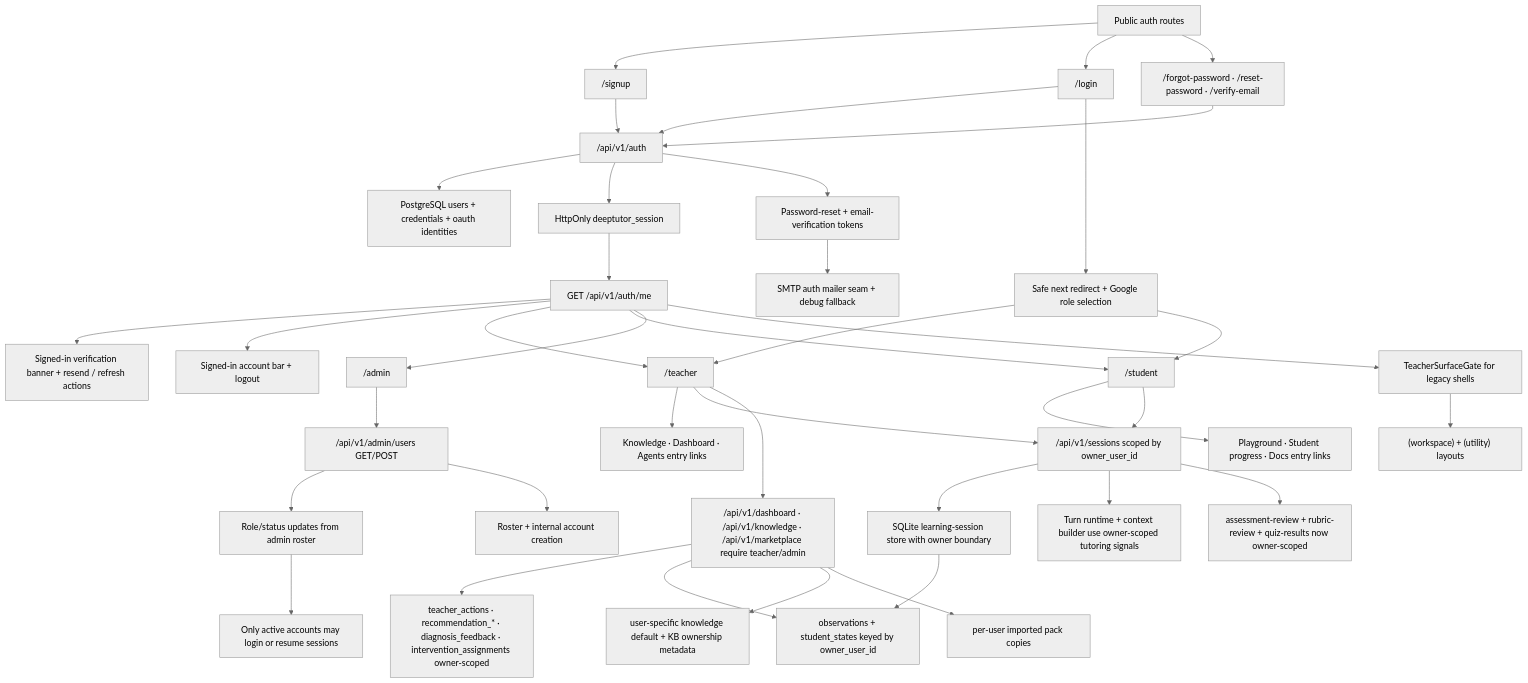
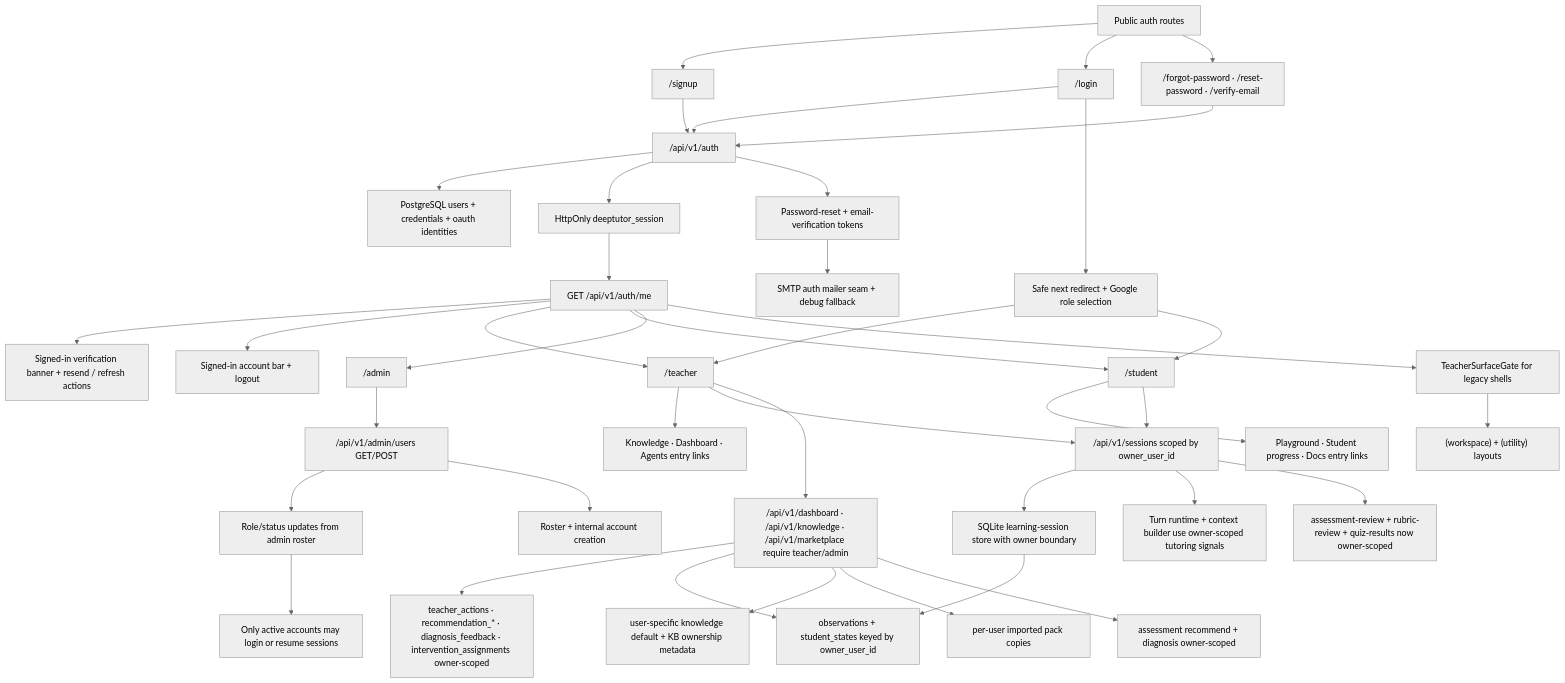
Before and after one commit to Creative-Science-Contest-2026/Multiagent-learning-platform: the diagram in docs/superpowers/pr-notes/2026-05-02-auth-multi-user-foundation.md, drawn with Mermaid (neutral theme). The commit also changed other lines of this file and 5 other files, not shown here.

Commit message:
feat(auth): scope assessment diagnosis by owner [AUTH-MULTI-USER]

````diff
--- a/docs/superpowers/pr-notes/2026-05-02-auth-multi-user-foundation.md
+++ b/docs/superpowers/pr-notes/2026-05-02-auth-multi-user-foundation.md
@@ -29,41 +29,42 @@
 ```mermaid
 flowchart TD
   Public["Public auth routes"] --> Signup["/signup"]
   Public --> Login["/login"]
   Public --> Recovery["/forgot-password · /reset-password · /verify-email"]
   Login --> AuthAPI["/api/v1/auth"]
   Signup --> AuthAPI
   Recovery --> AuthAPI
   Login --> NextRedirect["Safe next redirect + Google role selection"]
   Me --> VerificationBanner["Signed-in verification banner + resend / refresh actions"]
   Me --> AccountBar["Signed-in account bar + logout"]
   AdminUsersAPI --> AccountLifecycle["Role/status updates from admin roster"]
   AuthAPI --> Users["PostgreSQL users + credentials + oauth identities"]
   AuthAPI --> Sessions["HttpOnly deeptutor_session"]
   AuthAPI --> OneTimeTokens["Password-reset + email-verification tokens"]
   OneTimeTokens --> AuthMailer["SMTP auth mailer seam + debug fallback"]
   AdminShell --> AdminUsersAPI["/api/v1/admin/users GET/POST"]
   AdminUsersAPI --> AdminPanel["Roster + internal account creation"]
   Sessions --> Me["GET /api/v1/auth/me"]
   Me --> TeacherShell["/teacher"]
   Me --> StudentShell["/student"]
   Me --> AdminShell["/admin"]
   NextRedirect --> TeacherShell
   NextRedirect --> StudentShell
   TeacherShell --> TeacherHub["Knowledge · Dashboard · Agents entry links"]
   StudentShell --> StudentHub["Playground · Student progress · Docs entry links"]
   Me --> TeacherGate["TeacherSurfaceGate for legacy shells"]
   TeacherGate --> LegacyShells["(workspace) + (utility) layouts"]
   TeacherShell --> OwnedSessionAPI["/api/v1/sessions scoped by owner_user_id"]
   StudentShell --> OwnedSessionAPI
   OwnedSessionAPI --> SQLiteStore["SQLite learning-session store with owner boundary"]
   SQLiteStore --> ScopedSignals["observations + student_states keyed by owner_user_id"]
   OwnedSessionAPI --> TurnRuntime["Turn runtime + context builder use owner-scoped tutoring signals"]
   OwnedSessionAPI --> ReviewFlows["assessment-review + rubric-review + quiz-results now owner-scoped"]
   TeacherShell --> TeacherFirstAPIs["/api/v1/dashboard · /api/v1/knowledge · /api/v1/marketplace require teacher/admin"]
   TeacherFirstAPIs --> DashboardEvidence["teacher_actions · recommendation_* · diagnosis_feedback · intervention_assignments owner-scoped"]
   TeacherFirstAPIs --> ScopedSignals
   TeacherFirstAPIs --> KnowledgeDefaults["user-specific knowledge default + KB ownership metadata"]
   TeacherFirstAPIs --> MarketplaceImports["per-user imported pack copies"]
+  TeacherFirstAPIs --> AssessmentScope["assessment recommend + diagnosis owner-scoped"]
   AccountLifecycle --> ActiveOnlyAuth["Only active accounts may login or resume sessions"]
 ```
````
